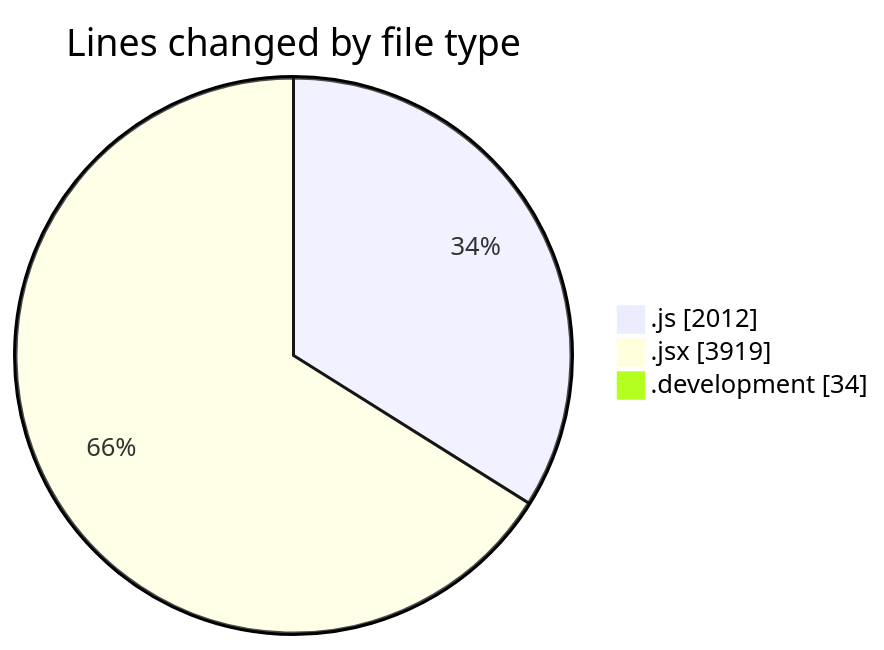
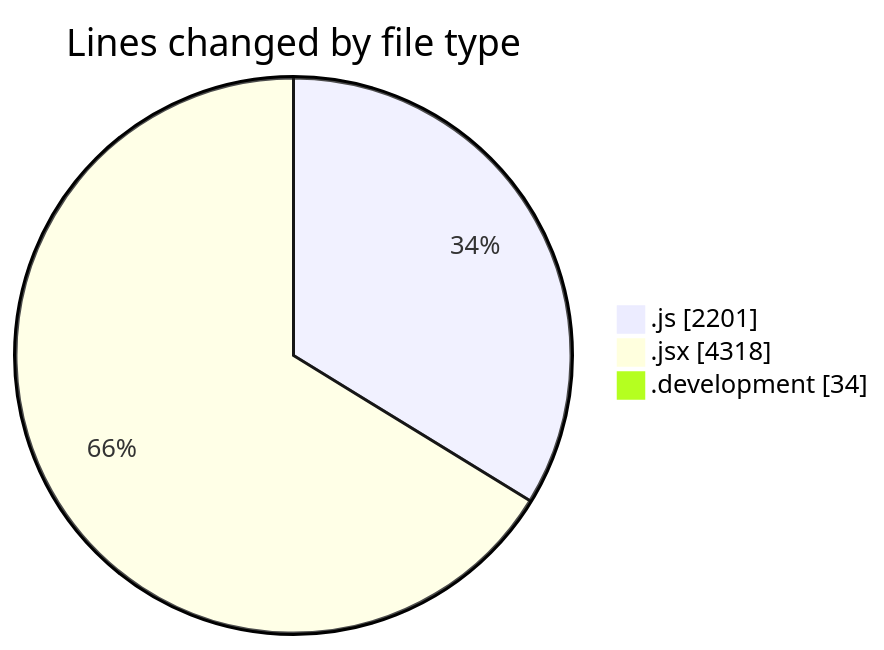
The first of 2 diagrams in 2025-09-18/nxtqube_webapp/README.md (nxtqubesakshisongat/code-tracking), drawn with Mermaid before and after one commit. The commit also changed other lines of this file and 1 other file, not shown here.

````diff
--- a/2025-09-18/nxtqube_webapp/README.md
+++ b/2025-09-18/nxtqube_webapp/README.md
@@ -34,7 +36,7 @@
 ```mermaid
 pie showData
 title Lines changed by file type
-".js" : 2012
-".jsx" : 3919
+".js" : 2201
+".jsx" : 4318
 ".development" : 34
 ```
````
